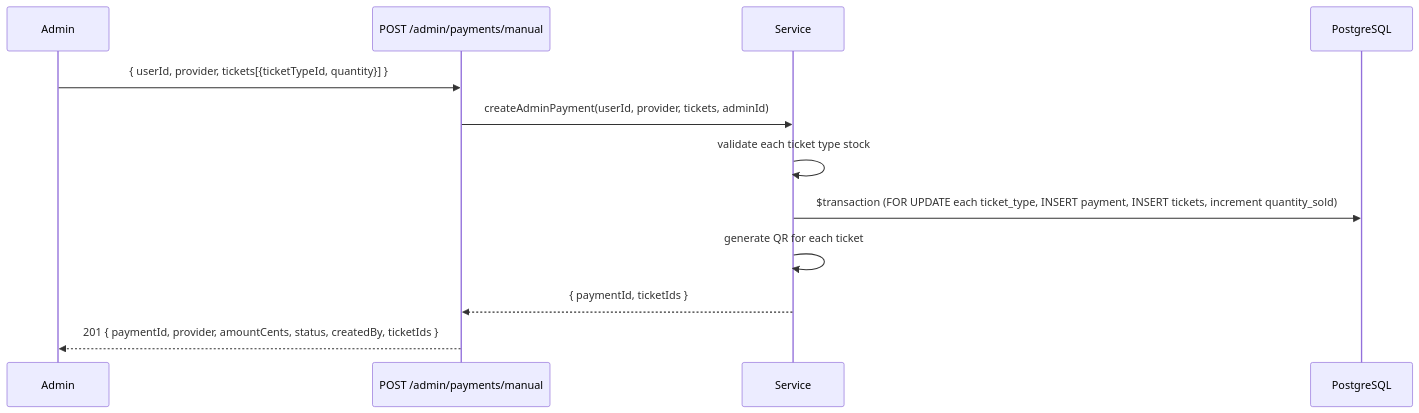
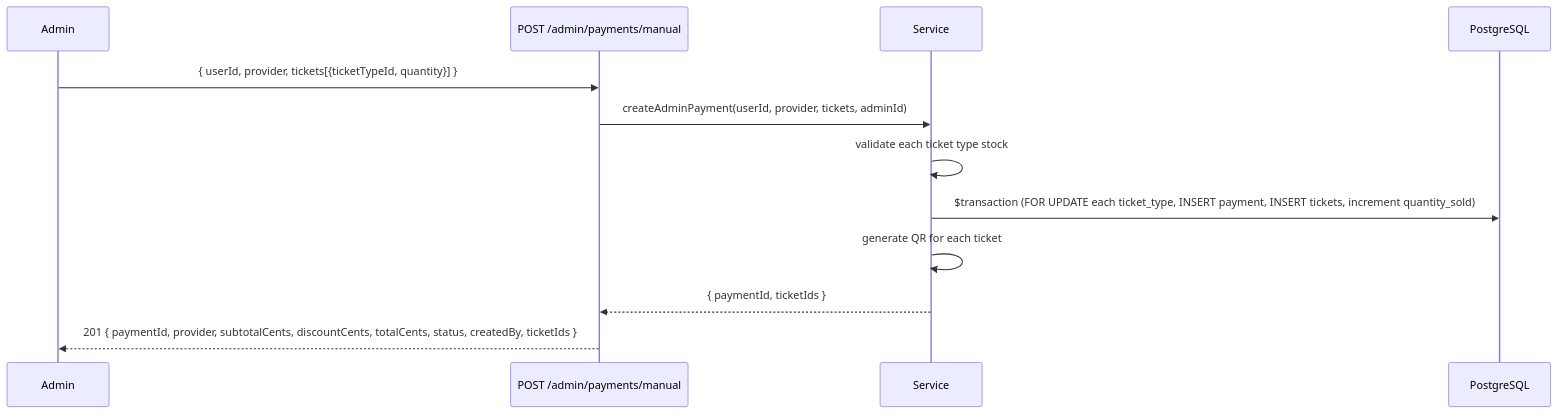
Before and after one commit to User281167/venta-de-tickets: the fourth of 4 diagrams in backend/src/modules/payments/README.md, drawn with Mermaid. The commit also changed 22 other files, not shown here.

Commit message:
feat: payment manjea el descuento no el ticket por si solo, agregar sub totalt y total fix: Crear snapshot de precio de ticket para evitar que el admin lo cambie en tickets type

````diff
--- a/backend/src/modules/payments/README.md
+++ b/backend/src/modules/payments/README.md
@@ -100,15 +100,15 @@
 ```mermaid
 sequenceDiagram
     participant A as Admin
     participant API as POST /admin/payments/manual
     participant S as Service
     participant DB as PostgreSQL
 
     A->>API: { userId, provider, tickets[{ticketTypeId, quantity}] }
     API->>S: createAdminPayment(userId, provider, tickets, adminId)
     S->>S: validate each ticket type stock
     S->>DB: $transaction (FOR UPDATE each ticket_type, INSERT payment, INSERT tickets, increment quantity_sold)
     S->>S: generate QR for each ticket
     S-->>API: { paymentId, ticketIds }
-    API-->>A: 201 { paymentId, provider, amountCents, status, createdBy, ticketIds }
+    API-->>A: 201 { paymentId, provider, subtotalCents, discountCents, totalCents, status, createdBy, ticketIds }
 ```
````
